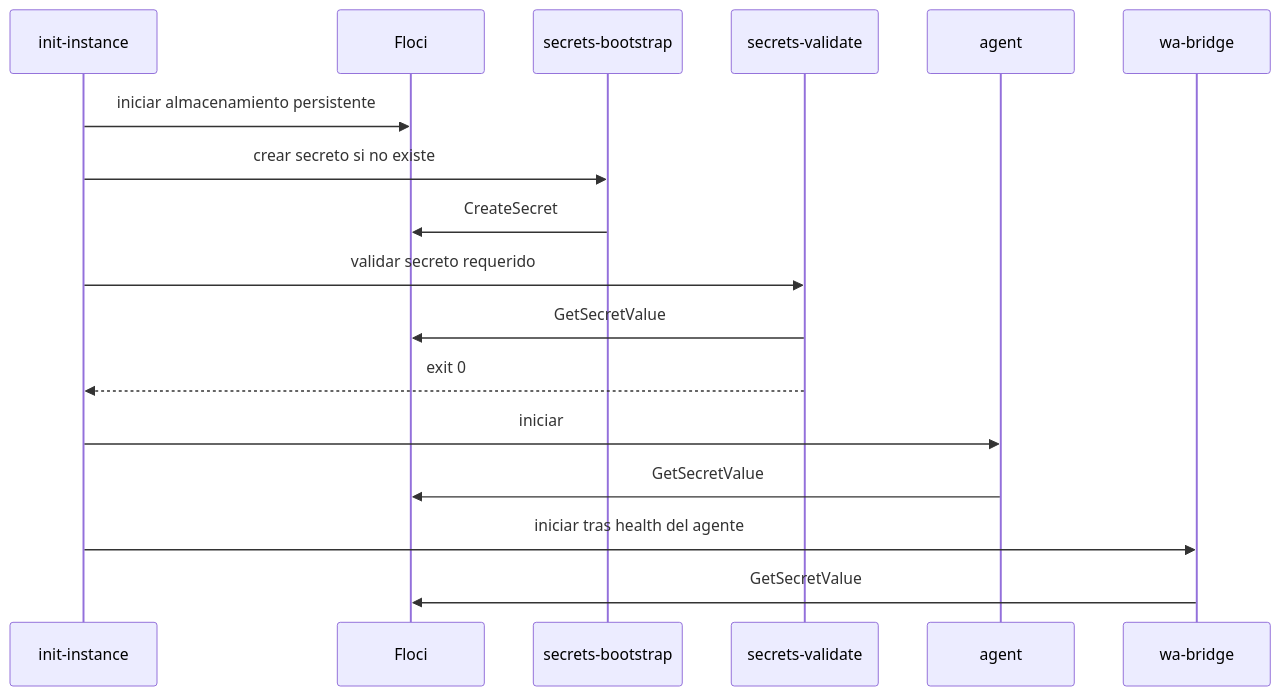
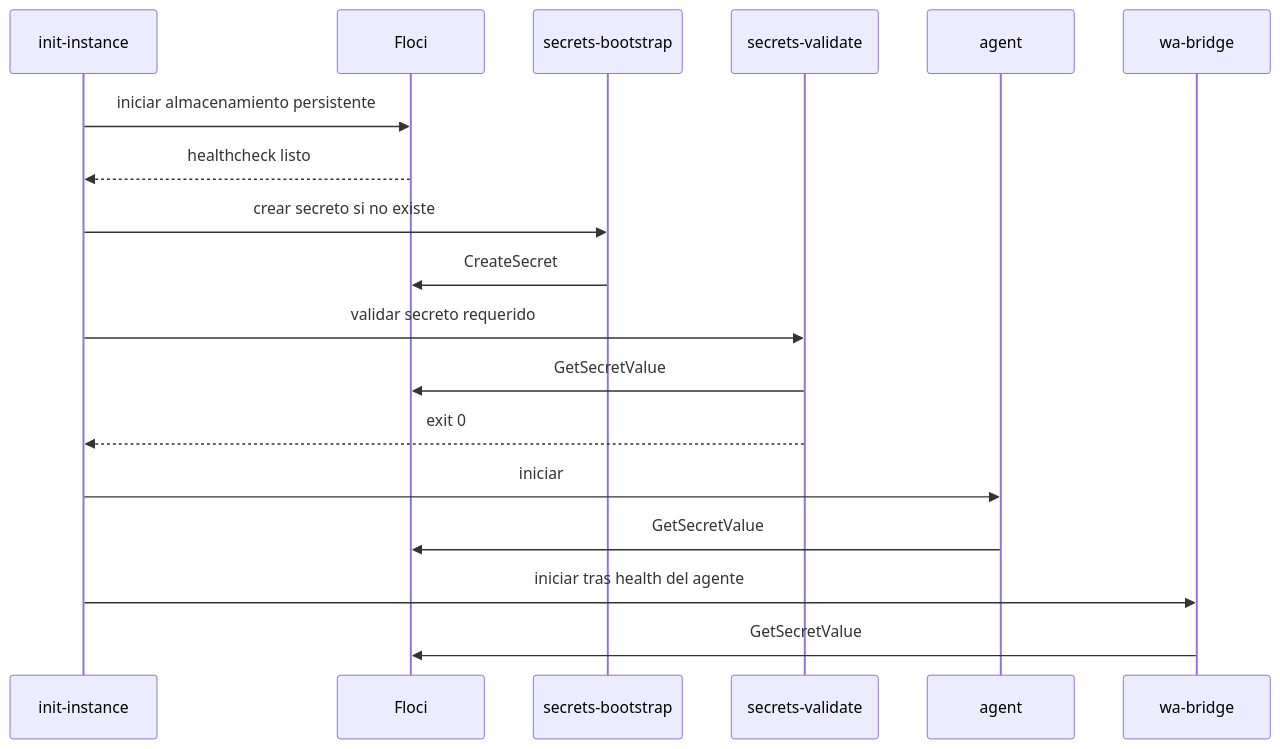
One commit to carlosmorera/wa-agent-core changed the third of 3 diagrams in docs/architecture.md. Above: the diagram before and after it, drawn with Mermaid. The commit also changed other lines of this file and 25 other files, not shown here.

````diff
--- a/docs/architecture.md
+++ b/docs/architecture.md
@@ -48,20 +48,21 @@
 ```mermaid
 sequenceDiagram
     participant I as init-instance
     participant F as Floci
     participant P as secrets-bootstrap
     participant V as secrets-validate
     participant A as agent
     participant B as wa-bridge
 
     I->>F: iniciar almacenamiento persistente
+    F-->>I: healthcheck listo
     I->>P: crear secreto si no existe
     P->>F: CreateSecret
     I->>V: validar secreto requerido
     V->>F: GetSecretValue
     V-->>I: exit 0
     I->>A: iniciar
     A->>F: GetSecretValue
     I->>B: iniciar tras health del agente
     B->>F: GetSecretValue
 ```
````
